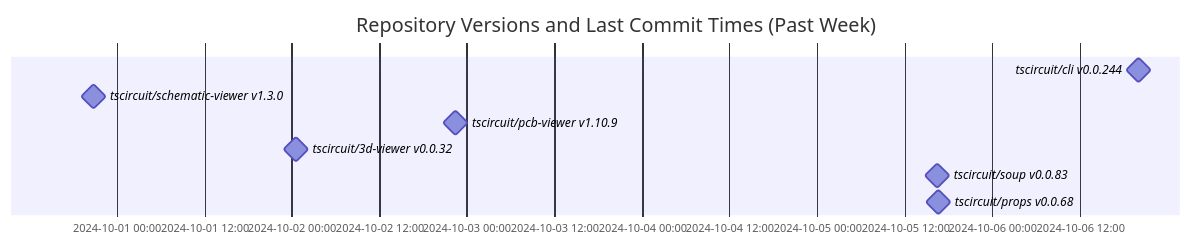
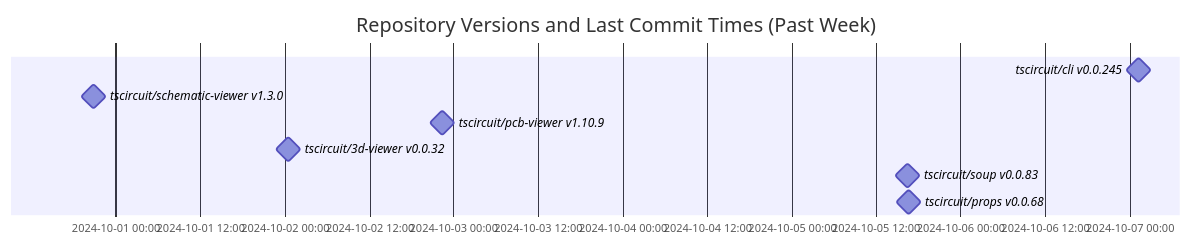
One commit to tscircuit/version-tracker changed the diagram in README.md. Above: the diagram before and after it, drawn with Mermaid.

Commit message:
Update chart

````diff
--- a/README.md
+++ b/README.md
@@ -1,13 +1,13 @@
 ```mermaid
 gantt
   dateFormat  YYYY-MM-DD HH:mm:ss
   title Repository Versions and Last Commit Times (Past Week)
   axisFormat %Y-%m-%d %H:%M
 
-  tscircuit/cli v0.0.244 : milestone, 2024-10-06 20:00:35, 1s
+  tscircuit/cli v0.0.245 : milestone, 2024-10-07 01:16:42, 1s
   tscircuit/schematic-viewer v1.3.0 : milestone, 2024-09-30 20:50:04, 1s
   tscircuit/pcb-viewer v1.10.9 : milestone, 2024-10-02 22:24:48, 1s
   tscircuit/3d-viewer v0.0.32 : milestone, 2024-10-02 00:30:55, 1s
   tscircuit/soup v0.0.83 : milestone, 2024-10-05 16:28:11, 1s
   tscircuit/props v0.0.68 : milestone, 2024-10-05 16:34:46, 1s
 ```
````
